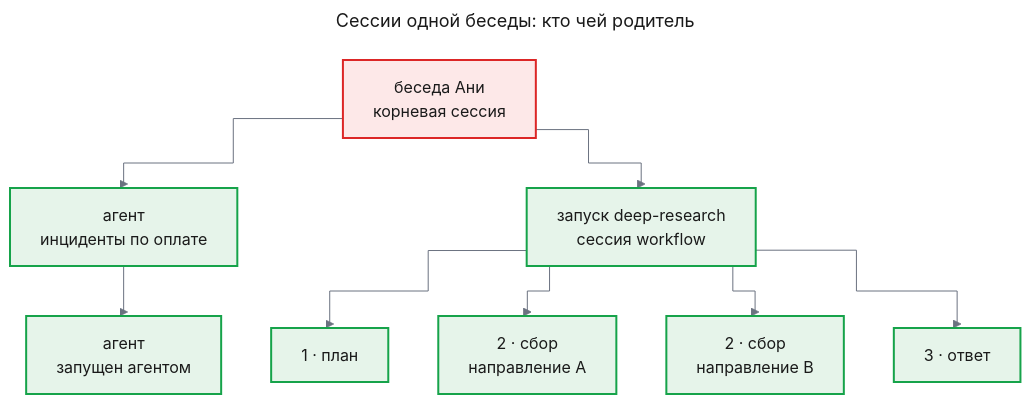
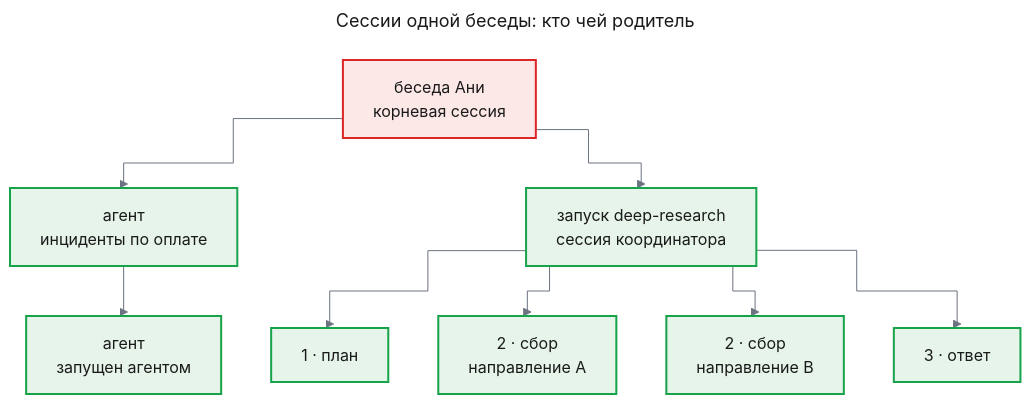
Before and after one commit to tundraray/agent-os: the second of 5 diagrams in docs/features/agent-platform/prd.md, drawn with Mermaid. The commit also changed other lines of this file, not shown here.

````diff
--- a/docs/features/agent-platform/prd.md
+++ b/docs/features/agent-platform/prd.md
@@ -102,35 +121,35 @@
 ```mermaid
 ---
 title: "Сессии одной беседы: кто чей родитель"
 config:
   theme: base
   look: classic
   themeVariables:
     primaryColor: "#eef1f5"
     primaryBorderColor: "#4b5563"
     primaryTextColor: "#1a1a1a"
     lineColor: "#6b7280"
   flowchart:
     curve: step
 ---
 flowchart TD
     root["беседа Ани<br/>корневая сессия"]
     a1["агент<br/>инциденты по оплате"]
     a2["агент<br/>запущен агентом"]
-    run["запуск deep-research<br/>сессия workflow"]
+    run["запуск deep-research<br/>сессия координатора"]
     plan["1 · план"]
     g1["2 · сбор<br/>направление A"]
     g2["2 · сбор<br/>направление B"]
     ans["3 · ответ"]
     root --> a1
     a1 --> a2
     root --> run
     run --> plan
     run --> g1
     run --> g2
     run --> ans
     classDef changed fill:#fde8e8,stroke:#dc2626,stroke-width:2px,color:#1a1a1a
     classDef new fill:#e6f4ea,stroke:#16a34a,stroke-width:2px,color:#1a1a1a
     class root changed
     class a1,a2,run,plan,g1,g2,ans new
 ```
````
